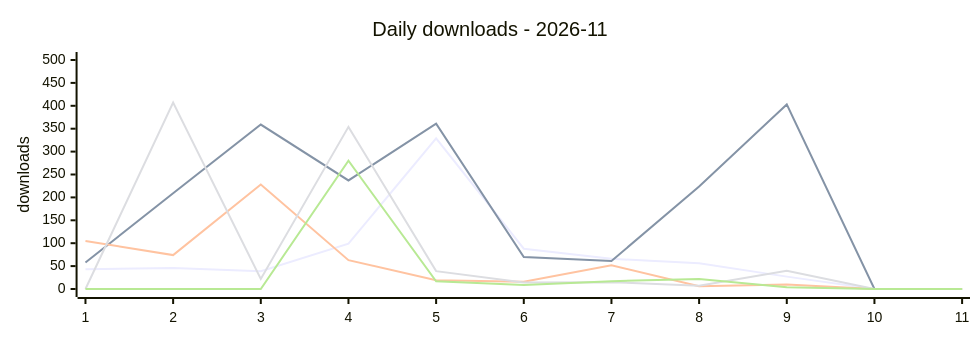
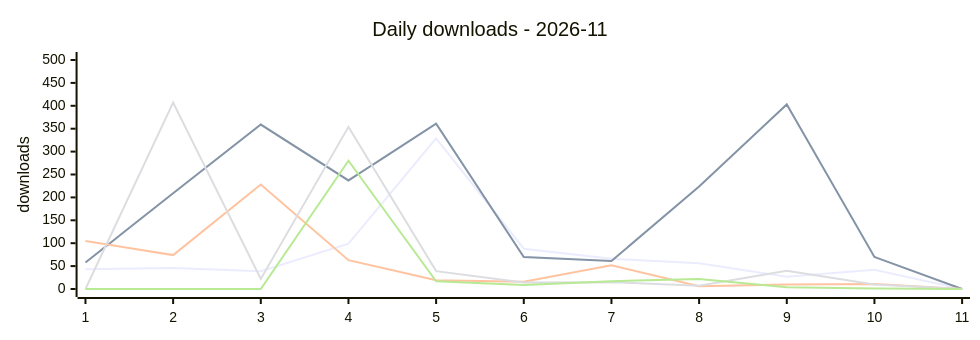
Before and after one commit to terry2010/npm-downloads-tracker: the first of 2 diagrams in DASHBOARD.md, drawn with Mermaid. The commit also changed other lines of this file and 1 other file, not shown here.

````diff
--- a/DASHBOARD.md
+++ b/DASHBOARD.md
@@ -25,12 +25,12 @@
 ```mermaid
 %%{init: {'xyChart': {'width': 960, 'height': 320}}}%%
 xychart-beta
     title "Daily downloads - 2026-11"
     x-axis ["1", "2", "3", "4", "5", "6", "7", "8", "9", "10", "11"]
     y-axis "downloads" 0 --> 500
-    line "dsh-loop-recover" [43, 46, 39, 99, 329, 88, 66, 56, 27, 0, 0]
-    line "dsh-rss-news-daily" [58, 209, 359, 237, 361, 70, 61, 224, 403, 0, 0]
-    line "opencode-loop-recover" [105, 74, 228, 63, 19, 16, 52, 6, 10, 0, 0]
-    line "oc-market-quail-zephyr-72a0" [0, 407, 22, 354, 39, 14, 15, 7, 40, 0, 0]
-    line "awesome-opencode-market" [0, 0, 0, 280, 17, 9, 17, 22, 4, 0, 0]
+    line "dsh-loop-recover" [43, 46, 39, 99, 329, 88, 66, 56, 27, 42, 0]
+    line "dsh-rss-news-daily" [58, 209, 359, 237, 361, 70, 61, 224, 403, 70, 0]
+    line "opencode-loop-recover" [105, 74, 228, 63, 19, 16, 52, 6, 10, 11, 0]
+    line "oc-market-quail-zephyr-72a0" [0, 407, 22, 354, 39, 14, 15, 7, 40, 10, 0]
+    line "awesome-opencode-market" [0, 0, 0, 280, 17, 9, 17, 22, 4, 1, 0]
 ```
````
